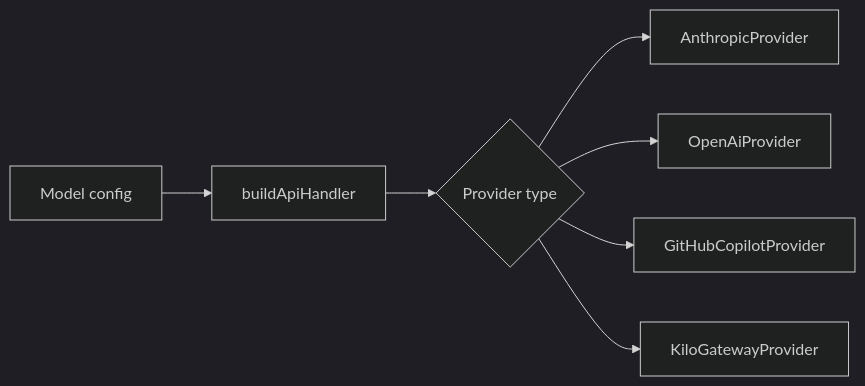
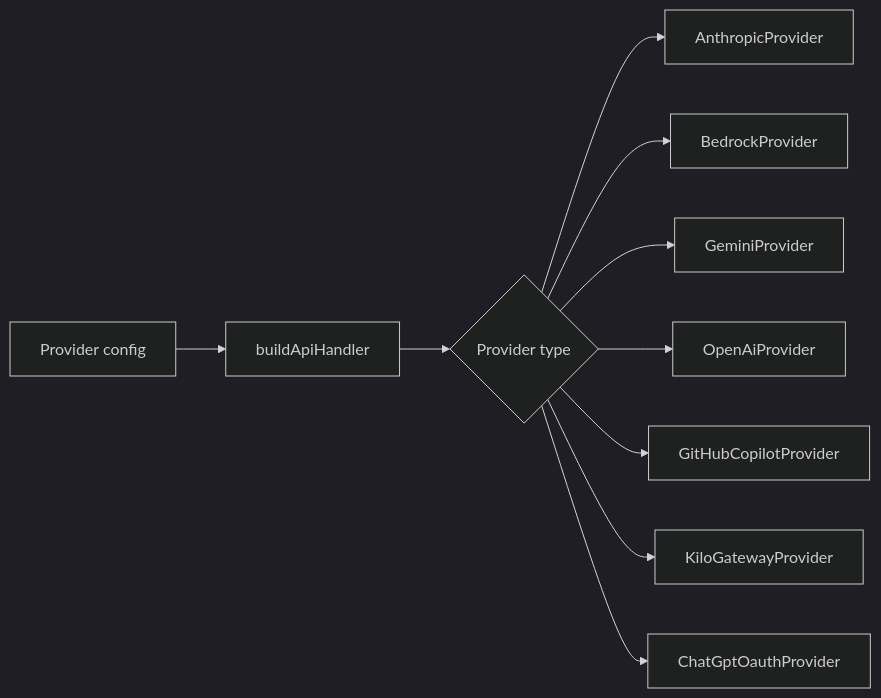
Before and after one commit to ivseb/vault-operator: the diagram in docs/concepts/provider-auth.md, drawn with Mermaid (dark theme). The commit also changed other lines of this file and 38 other files, not shown here.

````diff
--- a/docs/concepts/provider-auth.md
+++ b/docs/concepts/provider-auth.md
@@ -12,9 +14,12 @@
 ```mermaid
 flowchart LR
-    M[Model config] --> F[buildApiHandler]
+    M[Provider config] --> F[buildApiHandler]
     F --> P{Provider type}
     P --> AN[AnthropicProvider]
+    P --> BR[BedrockProvider]
+    P --> GE[GeminiProvider]
     P --> OP[OpenAiProvider]
     P --> GH[GitHubCopilotProvider]
     P --> KG[KiloGatewayProvider]
+    P --> CX[ChatGptOauthProvider]
 ```
````
